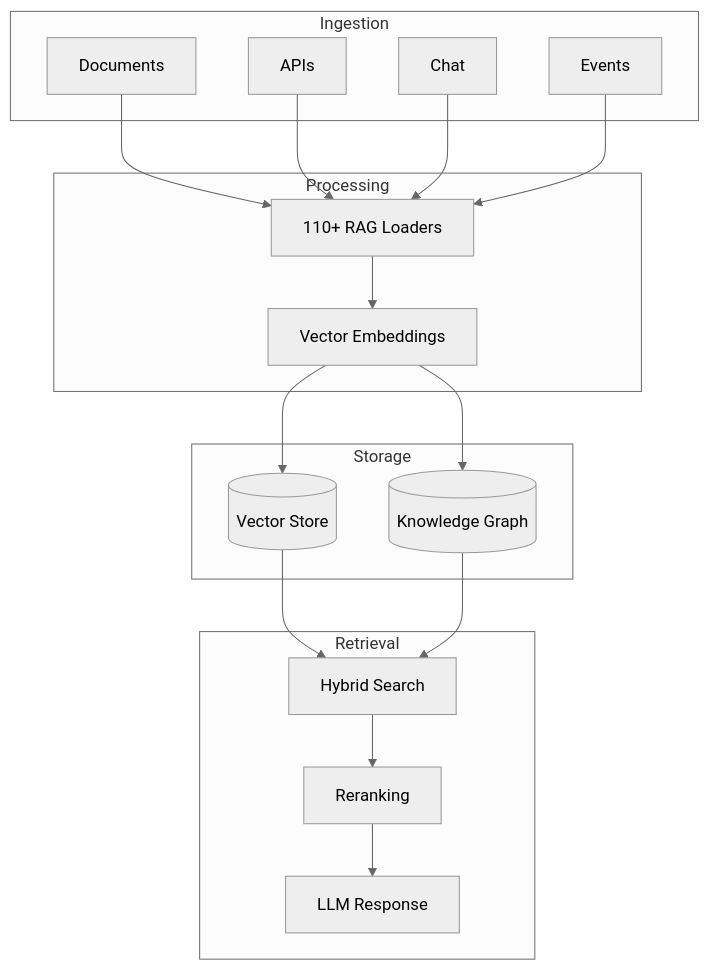
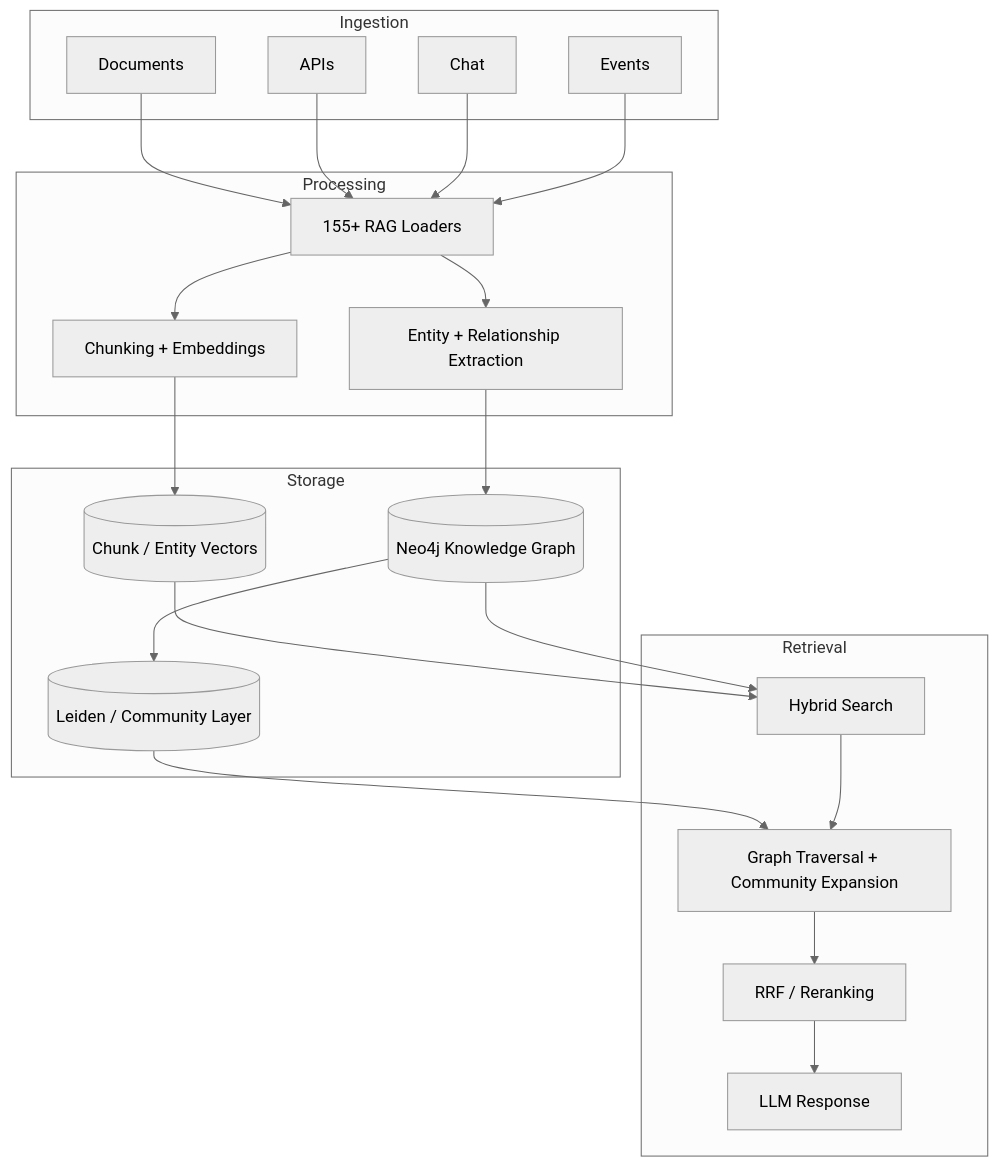
The first of 5 diagrams in README.md (joseph-webber/agentic-brain), drawn with Mermaid (neutral theme) before and after one commit. The commit also changed other lines of this file and 4 other files, not shown here.

Commit message:
📚 Update documentation for GraphRAG improvements

````diff
--- a/README.md
+++ b/README.md
@@ -762,31 +763,39 @@
 ```mermaid
 flowchart TB
     subgraph Ingestion
         Docs[Documents]
         APIs[APIs]
         Chat[Chat]
         Events[Events]
     end
 
     subgraph Processing
-        Loaders[110+ RAG Loaders]
-        Embed[Vector Embeddings]
+        Loaders[155+ RAG Loaders]
+        Chunking[Chunking + Embeddings]
+        Extract[Entity + Relationship Extraction]
     end
 
     subgraph Storage
-        VectorDB[(Vector Store)]
-        GraphDB[(Knowledge Graph)]
+        VectorDB[(Chunk / Entity Vectors)]
+        GraphDB[(Neo4j Knowledge Graph)]
+        Communities[(Leiden / Community Layer)]
     end
 
     subgraph Retrieval
         Hybrid[Hybrid Search]
-        Rerank[Reranking]
+        Expand[Graph Traversal + Community Expansion]
+        Rerank[RRF / Reranking]
         Response[LLM Response]
     end
 
     Docs & APIs & Chat & Events --> Loaders
-    Loaders --> Embed
-    Embed --> VectorDB & GraphDB
-    VectorDB & GraphDB --> Hybrid
-    Hybrid --> Rerank --> Response
+    Loaders --> Chunking
+    Loaders --> Extract
+    Chunking --> VectorDB
+    Extract --> GraphDB
+    GraphDB --> Communities
+    VectorDB --> Hybrid
+    GraphDB --> Hybrid
+    Communities --> Expand
+    Hybrid --> Expand --> Rerank --> Response
 ```
````
